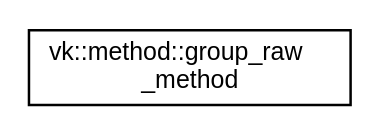
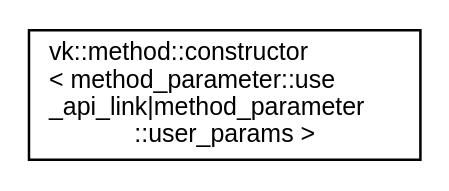
One commit to edgjj/cpp_vk_lib changed the diagram in docs/inherit_graph_24.dot. Above: the diagram before and after it, drawn with Graphviz. The commit also changed 347 other files, not shown here.

Commit message:
improved method constructor

```diff
--- a/docs/inherit_graph_24.dot
+++ b/docs/inherit_graph_24.dot
@@ -1,8 +1,8 @@
 digraph "Graphical Class Hierarchy"
 {
  // LATEX_PDF_SIZE
   edge [fontname="Helvetica",fontsize="10",labelfontname="Helvetica",labelfontsize="10"];
   node [fontname="Helvetica",fontsize="10",shape=record];
   rankdir="LR";
-  Node0 [label="vk::method::group_raw\l_method",height=0.2,width=0.4,color="black", fillcolor="white", style="filled",URL="$classvk_1_1method_1_1group__raw__method.html",tooltip=" "];
+  Node0 [label="vk::method::constructor\l\< method_parameter::use\l_api_link\|method_parameter\l::user_params \>",height=0.2,width=0.4,color="black", fillcolor="white", style="filled",URL="$classvk_1_1method_1_1constructor.html",tooltip=" "];
 }
```
